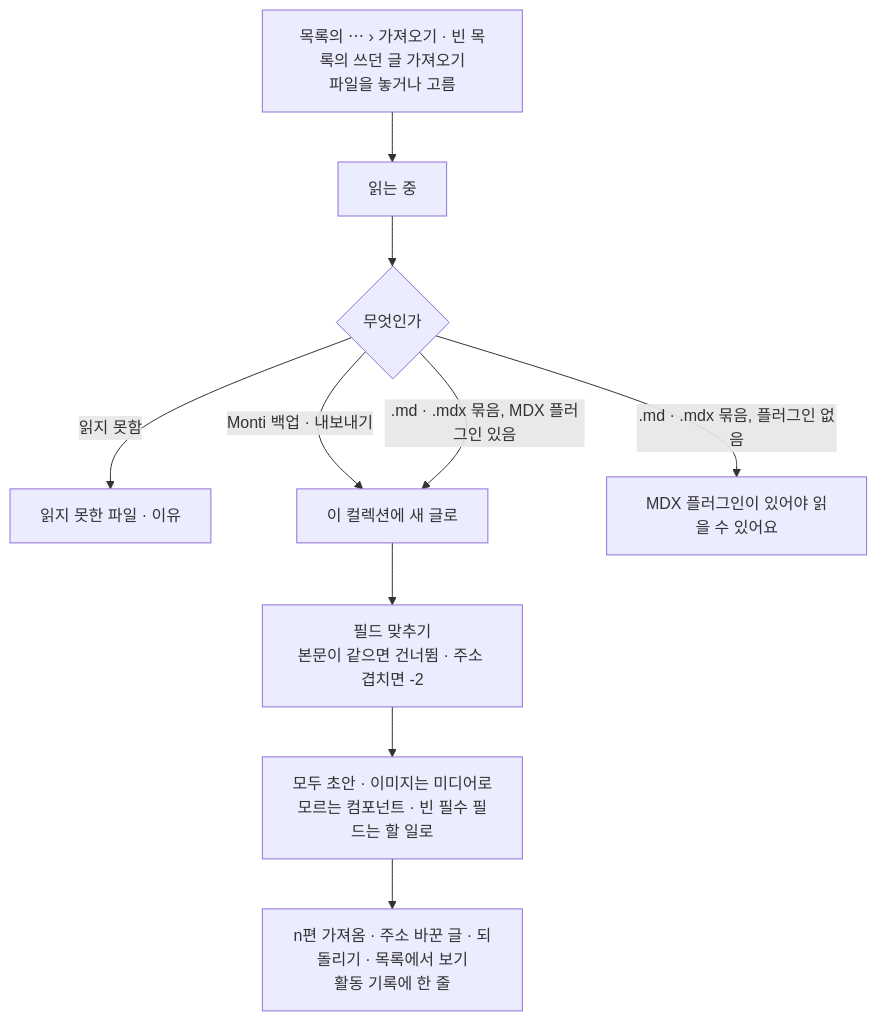
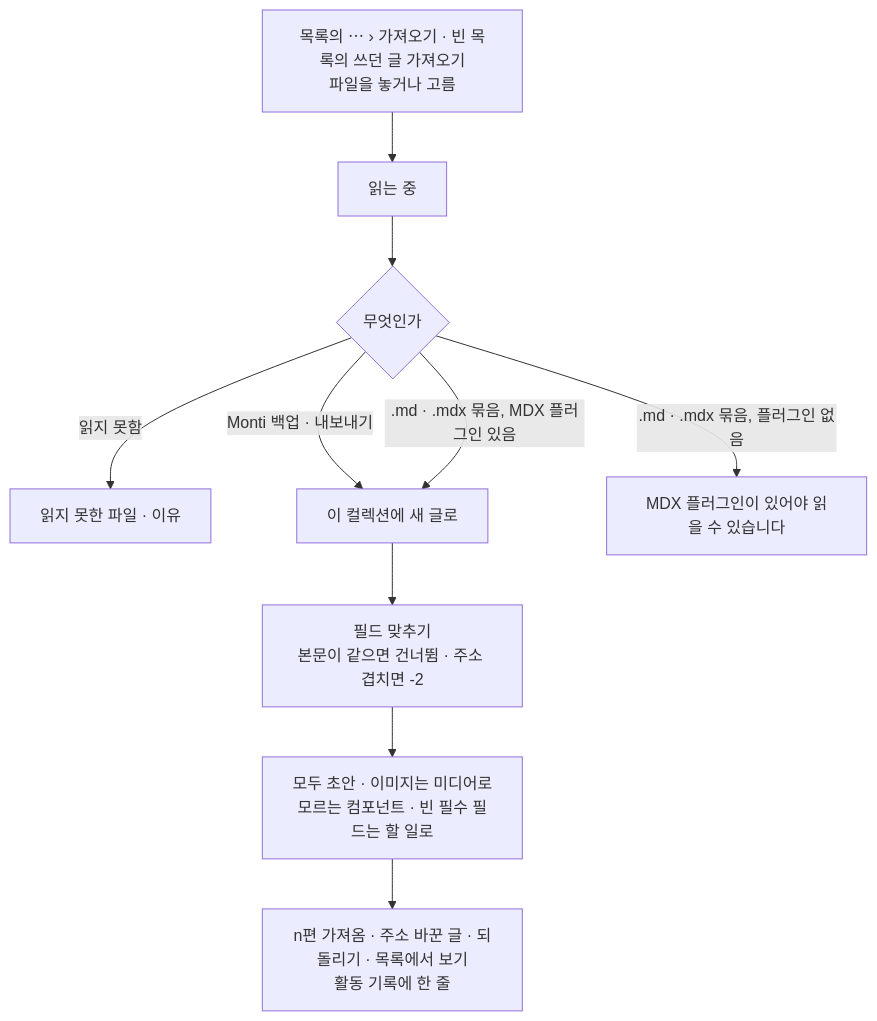
The diagram in docs/design/features/14-data-keys-plugins.md (monti-cms/monti), drawn with Mermaid before and after one commit. The commit also changed other lines of this file and 52 other files, not shown here.

````diff
--- a/docs/design/features/14-data-keys-plugins.md
+++ b/docs/design/features/14-data-keys-plugins.md
@@ -44,12 +44,12 @@
 ```mermaid
 flowchart TD
   F["목록의 ⋯ › 가져오기 · 빈 목록의 쓰던 글 가져오기<br/>파일을 놓거나 고름"] --> R["읽는 중"]
   R --> K{"무엇인가"}
   K -->|읽지 못함| E["읽지 못한 파일 · 이유"]
   K -->|Monti 백업 · 내보내기| IM["이 컬렉션에 새 글로"]
   K -->|.md · .mdx 묶음, MDX 플러그인 있음| IM
-  K -->|.md · .mdx 묶음, 플러그인 없음| NP["MDX 플러그인이 있어야 읽을 수 있어요"]
+  K -->|.md · .mdx 묶음, 플러그인 없음| NP["MDX 플러그인이 있어야 읽을 수 있습니다"]
   IM --> MAP["필드 맞추기<br/>본문이 같으면 건너뜀 · 주소 겹치면 -2"]
   MAP --> GO["모두 초안 · 이미지는 미디어로<br/>모르는 컴포넌트 · 빈 필수 필드는 할 일로"]
   GO --> DONE["n편 가져옴 · 주소 바꾼 글 · 되돌리기 · 목록에서 보기<br/>활동 기록에 한 줄"]
 ```
````
